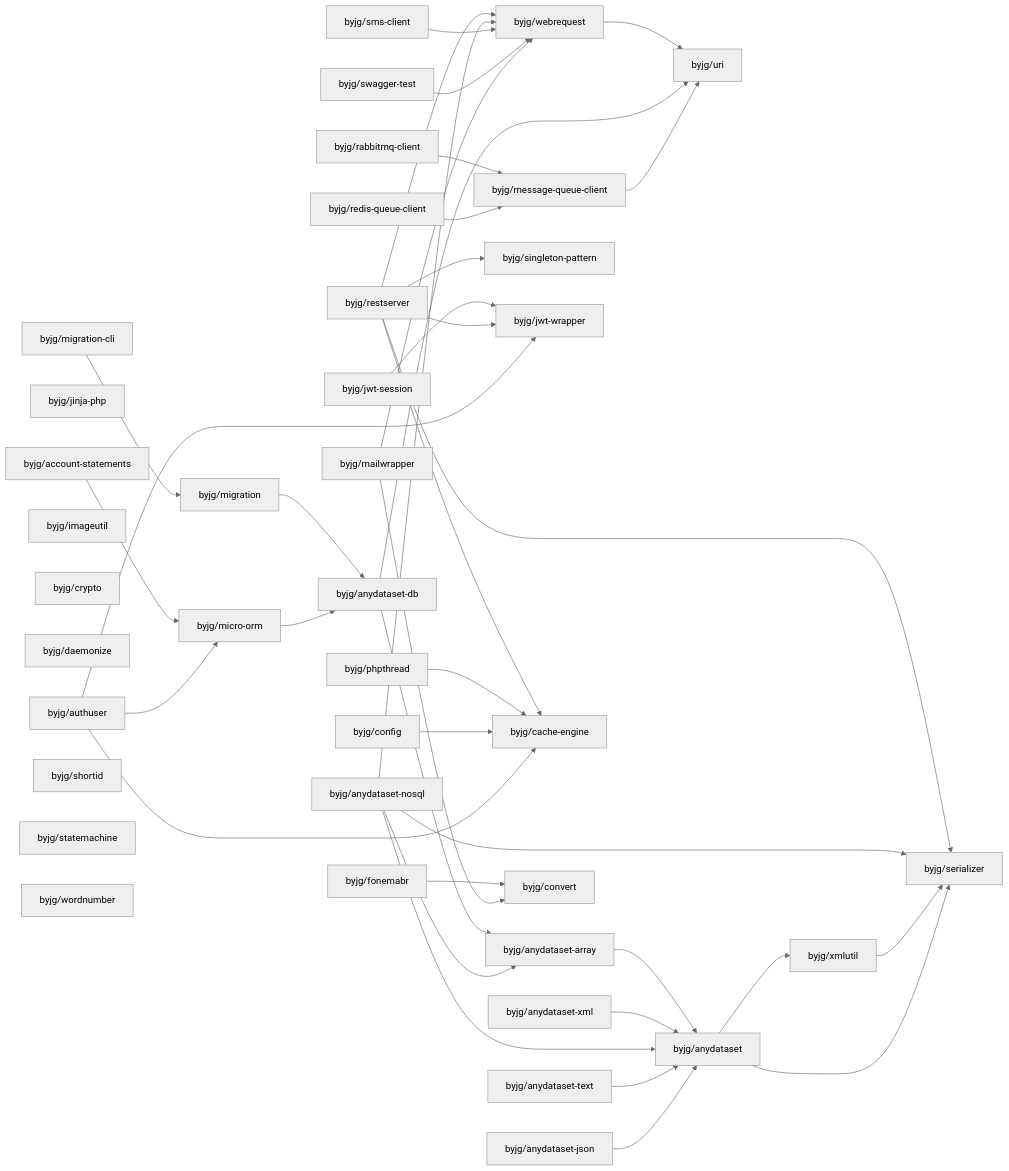
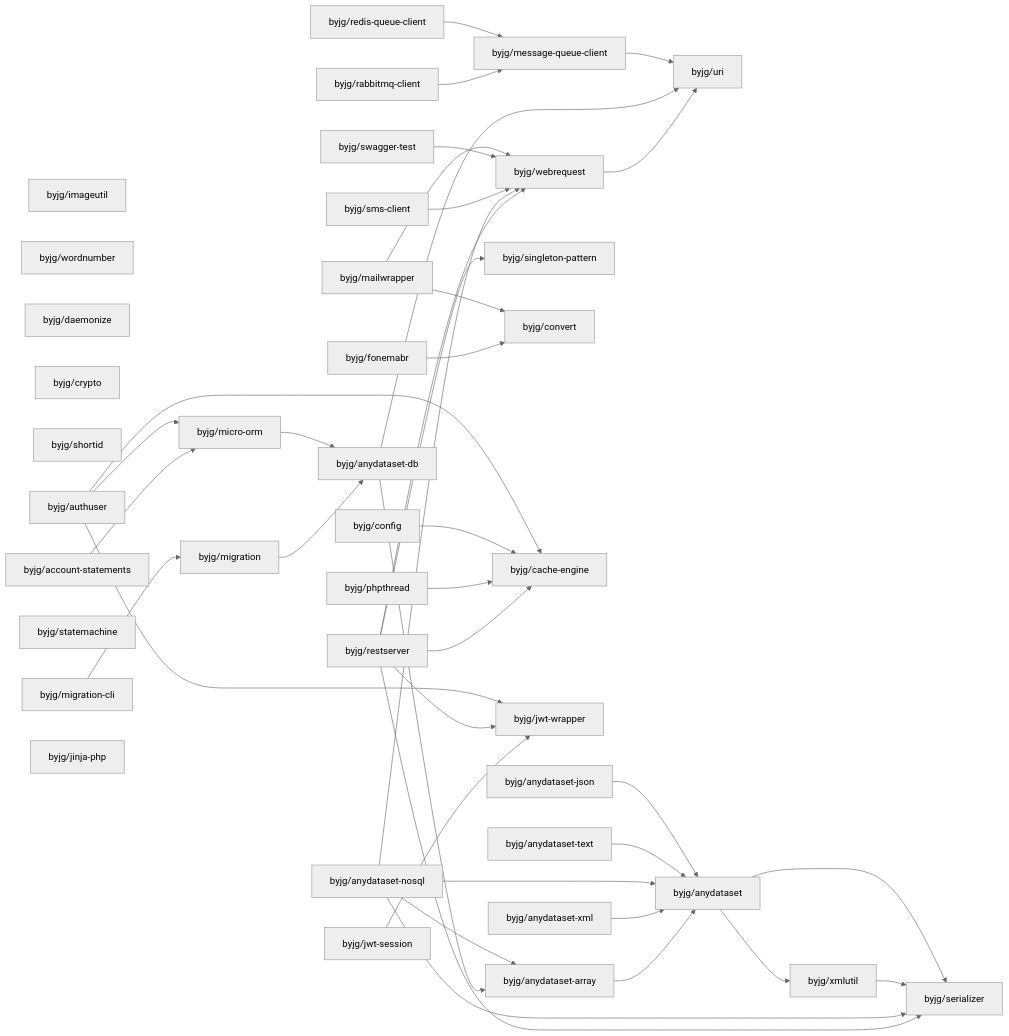
Before and after one commit to byjg/byjg.github.io: the diagram in docs/php/README.md, drawn with Mermaid (neutral theme). The commit also changed other lines of this file and 1 other file, not shown here.

Commit message:
Update documentation 'php' 'php-fonemabr'

````diff
--- a/docs/php/README.md
+++ b/docs/php/README.md
@@ -3,78 +3,78 @@
 ```mermaid
 graph LR;
+  byjg/imageutil;
+  byjg/restserver;
+  byjg/rabbitmq-client;
+  byjg/fonemabr;
+  byjg/mailwrapper;
+  byjg/anydataset-text;
+  byjg/swagger-test;
+  byjg/wordnumber;
+  byjg/daemonize;
+  byjg/anydataset-nosql;
   byjg/anydataset-xml;
+  byjg/phpthread;
+  byjg/crypto;
+  byjg/shortid;
+  byjg/migration-cli;
   byjg/account-statements;
+  byjg/config;
+  byjg/statemachine;
+  byjg/authuser;
   byjg/jwt-session;
+  byjg/anydataset-json;
+  byjg/sms-client;
+  byjg/redis-queue-client;
   byjg/jinja-php;
-  byjg/migration-cli;
-  byjg/imageutil;
-  byjg/anydataset-text;
-  byjg/crypto;
-  byjg/phpthread;
-  byjg/anydataset-json;
-  byjg/rabbitmq-client;
-  byjg/anydataset-nosql;
-  byjg/restserver;
-  byjg/daemonize;
-  byjg/authuser;
-  byjg/shortid;
-  byjg/statemachine;
-  byjg/redis-queue-client;
-  byjg/sms-client;
-  byjg/swagger-test;
-  byjg/config;
-  byjg/wordnumber;
-  byjg/mailwrapper;
-  byjg/fonemabr;
+  byjg/singleton-pattern;
+  byjg/convert;
   byjg/migration;
-  byjg/singleton-pattern;
   byjg/micro-orm;
+  byjg/cache-engine;
   byjg/jwt-wrapper;
+  byjg/webrequest;
   byjg/message-queue-client;
-  byjg/cache-engine;
-  byjg/webrequest;
-  byjg/convert;
   byjg/anydataset-db;
   byjg/anydataset-array;
   byjg/uri;
   byjg/anydataset;
   byjg/xmlutil;
   byjg/serializer;
   byjg/account-statements --> byjg/micro-orm;
   byjg/fonemabr --> byjg/convert;
   byjg/webrequest --> byjg/uri;
   byjg/anydataset-array --> byjg/anydataset;
   byjg/anydataset-xml --> byjg/anydataset;
   byjg/rabbitmq-client --> byjg/message-queue-client;
   byjg/redis-queue-client --> byjg/message-queue-client;
   byjg/jwt-session --> byjg/jwt-wrapper;
   byjg/anydataset-db --> byjg/anydataset-array;
   byjg/anydataset-db --> byjg/uri;
   byjg/restserver --> byjg/serializer;
   byjg/restserver --> byjg/singleton-pattern;
   byjg/restserver --> byjg/cache-engine;
   byjg/restserver --> byjg/webrequest;
   byjg/restserver --> byjg/jwt-wrapper;
   byjg/migration --> byjg/anydataset-db;
   byjg/anydataset-nosql --> byjg/anydataset;
   byjg/anydataset-nosql --> byjg/anydataset-array;
   byjg/anydataset-nosql --> byjg/serializer;
   byjg/anydataset-nosql --> byjg/webrequest;
   byjg/phpthread --> byjg/cache-engine;
   byjg/sms-client --> byjg/webrequest;
   byjg/swagger-test --> byjg/webrequest;
   byjg/migration-cli --> byjg/migration;
   byjg/config --> byjg/cache-engine;
   byjg/anydataset-text --> byjg/anydataset;
   byjg/micro-orm --> byjg/anydataset-db;
   byjg/authuser --> byjg/micro-orm;
   byjg/authuser --> byjg/cache-engine;
   byjg/authuser --> byjg/jwt-wrapper;
   byjg/anydataset-json --> byjg/anydataset;
   byjg/mailwrapper --> byjg/convert;
   byjg/mailwrapper --> byjg/webrequest;
   byjg/xmlutil --> byjg/serializer;
   byjg/anydataset --> byjg/serializer;
   byjg/anydataset --> byjg/xmlutil;
   byjg/message-queue-client --> byjg/uri;
 ```
````
